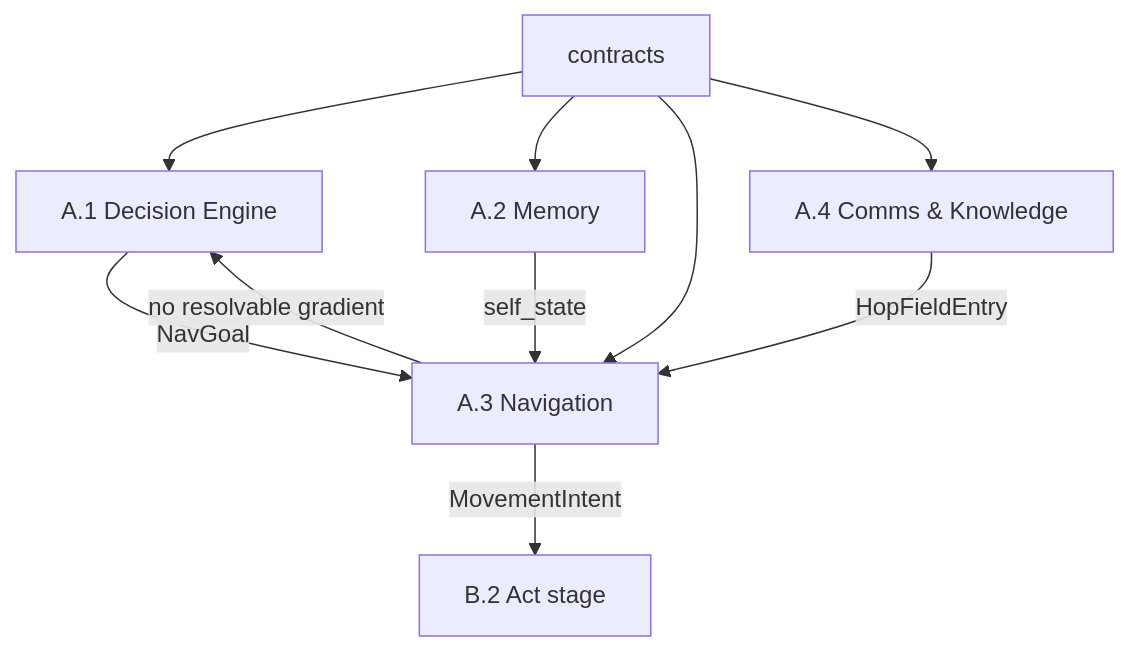
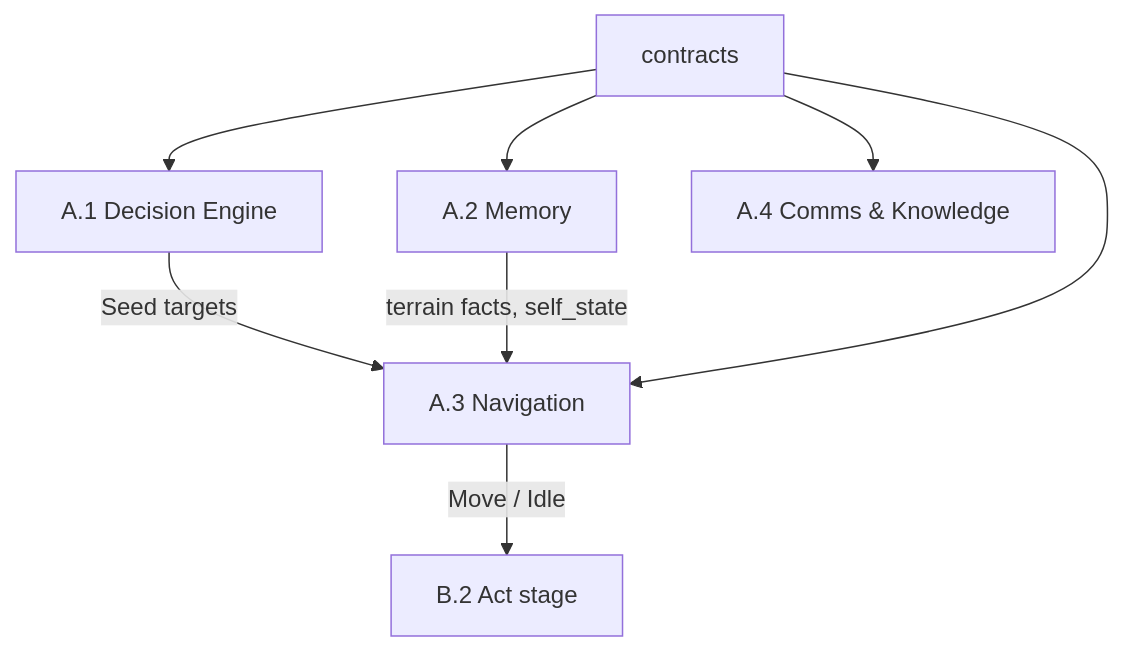
One commit to TychoGrapendaal/JIP_Swarm_Field changed the fifth of 5 diagrams in docs/navigation-module.md. Above: the diagram before and after it, drawn with Mermaid. The commit also changed other lines of this file and 5 other files, not shown here.

````diff
--- a/docs/navigation-module.md
+++ b/docs/navigation-module.md
@@ -445,19 +270,17 @@
 ```mermaid
 flowchart TB
     C2[contracts]
     A1[A.1 Decision Engine]
     A2[A.2 Memory]
     A4[A.4 Comms & Knowledge]
     A3[A.3 Navigation]
     B2[B.2 Act stage]
 
-    A1 -->|NavGoal| A3
-    A2 -->|self_state| A3
-    A4 -->|HopFieldEntry| A3
+    A1 -->|Seed targets| A3
+    A2 -->|terrain facts, self_state| A3
     C2 --> A1
     C2 --> A2
     C2 --> A3
     C2 --> A4
-    A3 -->|MovementIntent| B2
-    A3 -->|no resolvable gradient| A1
+    A3 -->|Move / Idle| B2
 ```
````
